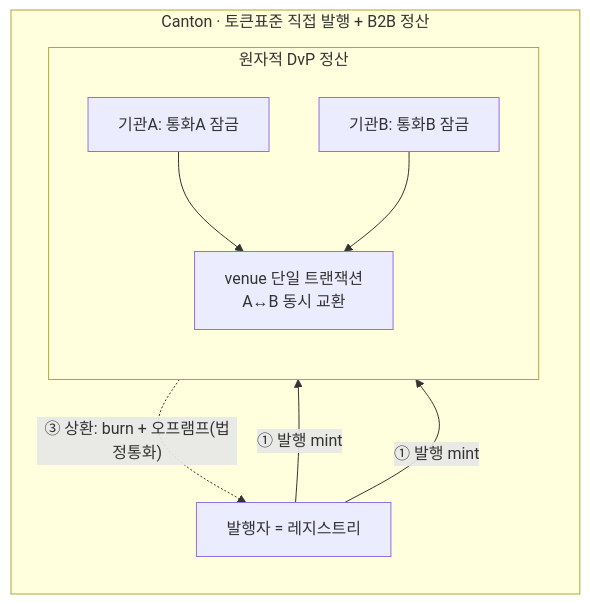
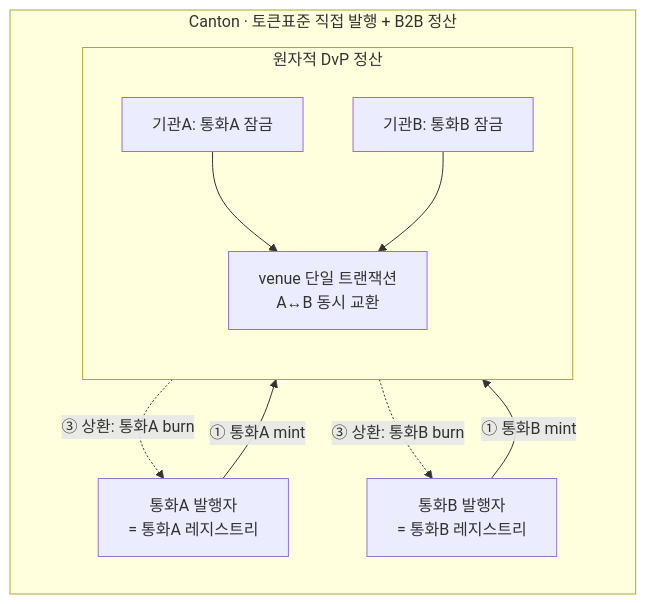
The third of 3 diagrams in wiki/notes/token-issuance-bridge-patterns.md (eunsujeo/canton-docs), drawn with Mermaid before and after one commit. The commit also changed other lines of this file and 1 other file, not shown here.

Commit message:
docs: 패턴 2 다이어그램 — 통화별 발행자 분리(단일 발행자 오해 수정)
FX DvP는 통화A/통화B가 서로 다른 발행자/레지스트리. 단일 ISS2가 두 통화를 다
찍는 것처럼 보이던 다이어그램을 발행자 2개(KRWK 발행자/JPYSC 발행자, 일반판은
통화A/B 발행자)로 수정. 각 통화는 그 발행자에게 mint/burn. dev·wiki 양쪽.

````diff
--- a/wiki/notes/token-issuance-bridge-patterns.md
+++ b/wiki/notes/token-issuance-bridge-patterns.md
@@ -90,17 +90,19 @@
 ```mermaid
 flowchart LR
   subgraph CAN2["Canton · 토큰표준 직접 발행 + B2B 정산"]
-    ISS2["발행자 = 레지스트리"]
+    ISSA["통화A 발행자<br/>= 통화A 레지스트리"]
+    ISSB["통화B 발행자<br/>= 통화B 레지스트리"]
     subgraph DVP2["원자적 DvP 정산"]
       direction TB
       AL2["기관A: 통화A 잠금"]
       BL2["기관B: 통화B 잠금"]
       EX2["venue 단일 트랜잭션<br/>A↔B 동시 교환"]
       AL2 --> EX2
       BL2 --> EX2
     end
   end
-  ISS2 -->|"① 발행 mint"| AL2
-  ISS2 -->|"① 발행 mint"| BL2
-  EX2 -.->|"③ 상환: burn + 오프램프(법정통화)"| ISS2
+  ISSA -->|"① 통화A mint"| AL2
+  ISSB -->|"① 통화B mint"| BL2
+  EX2 -.->|"③ 상환: 통화A burn"| ISSA
+  EX2 -.->|"③ 상환: 통화B burn"| ISSB
 ```
````
